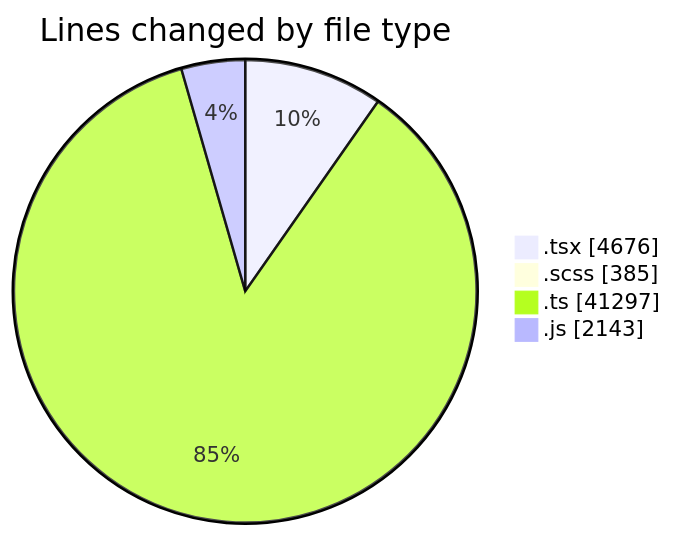
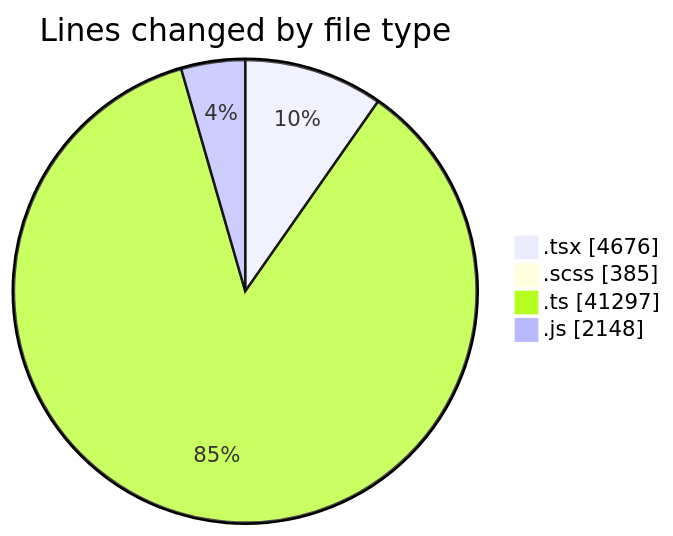
One commit to momahboobian/code-tracking changed the first of 2 diagrams in 2025-06-17/cda/README.md. Above: the diagram before and after it, drawn with Mermaid. The commit also changed other lines of this file and 1 other file, not shown here.

````diff
--- a/2025-06-17/cda/README.md
+++ b/2025-06-17/cda/README.md
@@ -50,8 +50,8 @@
 ```mermaid
 pie showData
 title Lines changed by file type
 ".tsx" : 4676
 ".scss" : 385
 ".ts" : 41297
-".js" : 2143
+".js" : 2148
 ```
````
